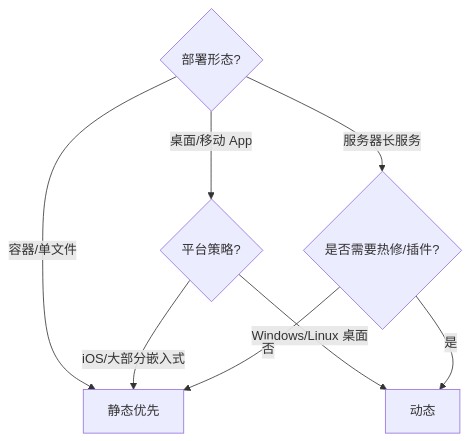
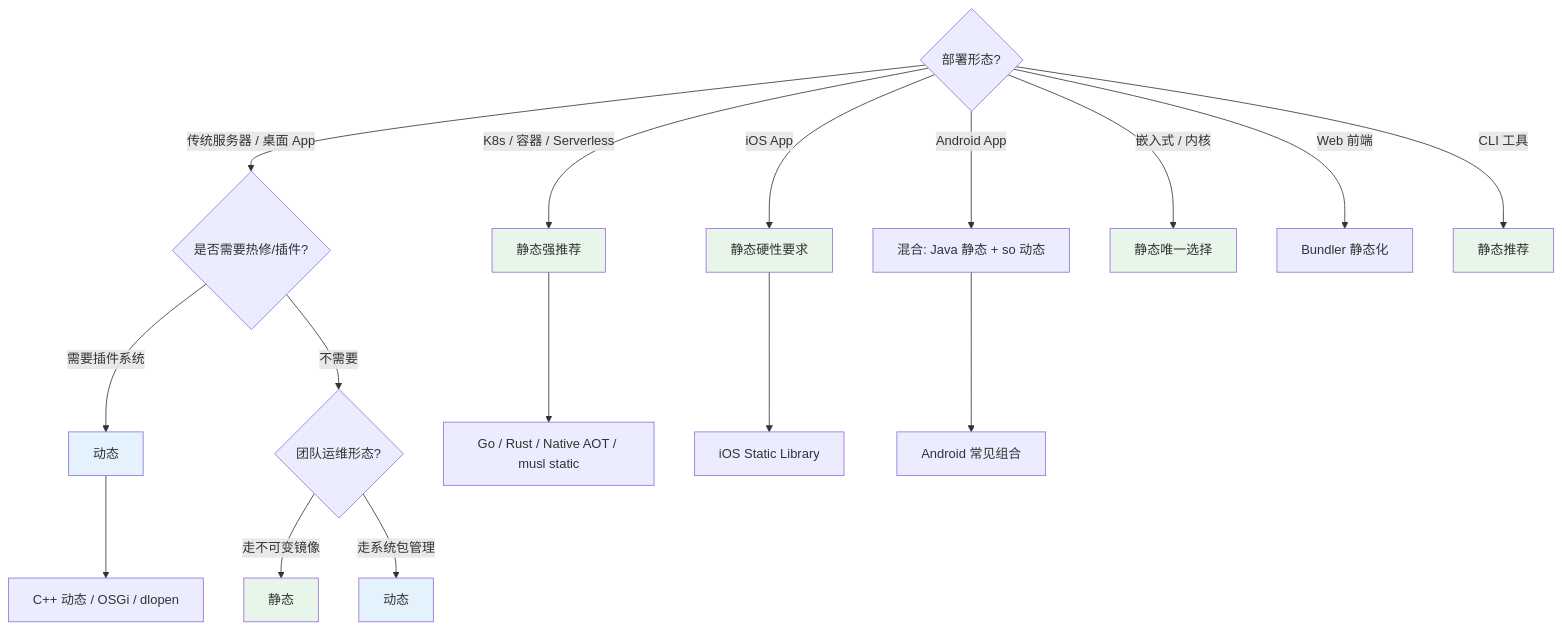
Before and after one commit to chongyang211/YCBookBlog: the fifth of 5 diagrams in packages/website/07.内功/07.编译与链接/03.静态链接与动态链接.md, drawn with Mermaid. The commit also changed other lines of this file and 3 other files, not shown here.

````diff
--- a/packages/website/07.内功/07.编译与链接/03.静态链接与动态链接.md
+++ b/packages/website/07.内功/07.编译与链接/03.静态链接与动态链接.md
@@ -337,10 +1399,29 @@
 ```mermaid
 flowchart TD
-    Q1{部署形态?} -->|容器/单文件| S[静态优先]
-    Q1 -->|桌面/移动 App| P{平台策略?}
-    P -->|iOS/大部分嵌入式| S
-    P -->|Windows/Linux 桌面| D[动态]
-    Q1 -->|服务器长服务| Q2{是否需要热修/插件?}
-    Q2 -->|是| D
-    Q2 -->|否| S
+    Q1{部署形态?}
+    Q1 -->|K8s / 容器 / Serverless| S1[静态强推荐]
+    Q1 -->|传统服务器 / 桌面 App| Q2{是否需要热修/插件?}
+    Q1 -->|iOS App| S2[静态硬性要求]
+    Q1 -->|Android App| M1[混合: Java 静态 + so 动态]
+    Q1 -->|嵌入式 / 内核| S3[静态唯一选择]
+    Q1 -->|Web 前端| B[Bundler 静态化]
+    Q1 -->|CLI 工具| S4[静态推荐]
+
+    Q2 -->|需要插件系统| D1[动态]
+    Q2 -->|不需要| Q3{团队运维形态?}
+    Q3 -->|走不可变镜像| S5[静态]
+    Q3 -->|走系统包管理| D2[动态]
+
+    S1 --> Impl[Go / Rust / Native AOT / musl static]
+    D1 --> Impl2[C++ 动态 / OSGi / dlopen]
+    S2 --> Impl3[iOS Static Library]
+    M1 --> Impl4[Android 常见组合]
+
+    style S1 fill:#e8f5e9
+    style S2 fill:#e8f5e9
+    style S3 fill:#e8f5e9
+    style S4 fill:#e8f5e9
+    style S5 fill:#e8f5e9
+    style D1 fill:#e3f2fd
+    style D2 fill:#e3f2fd
 ```
````
